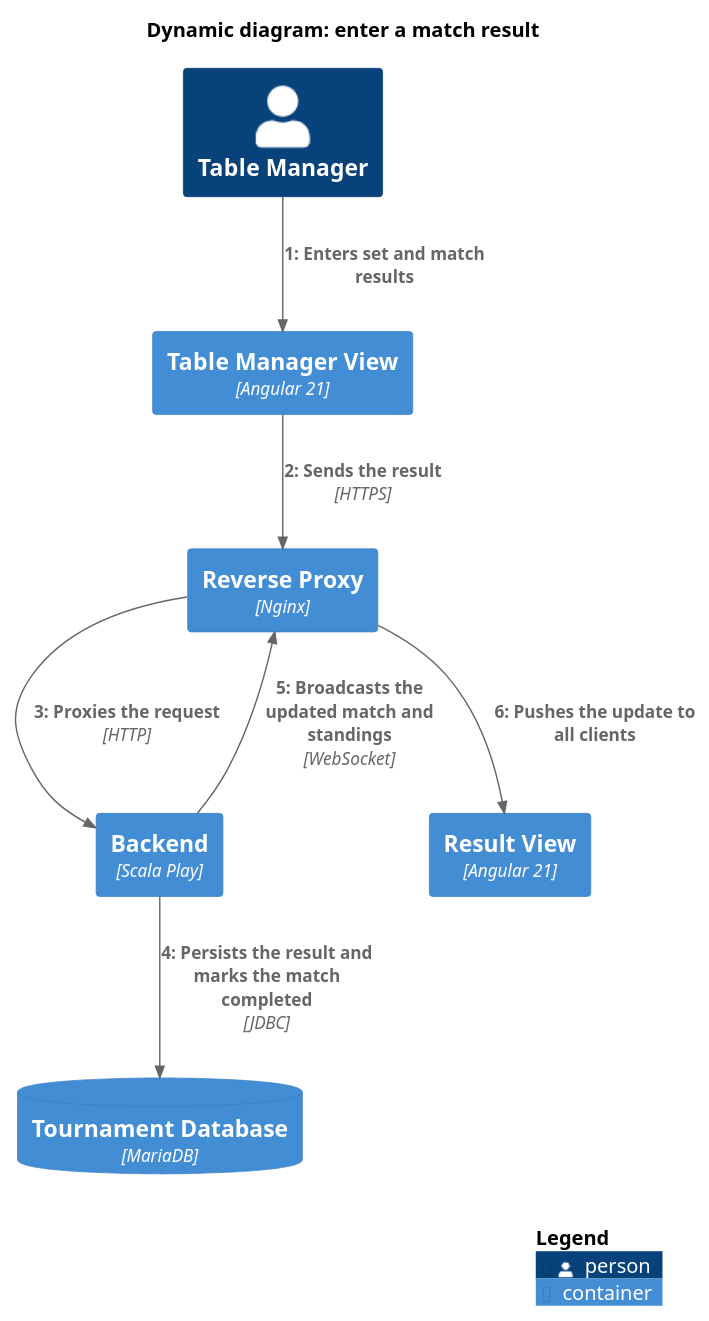
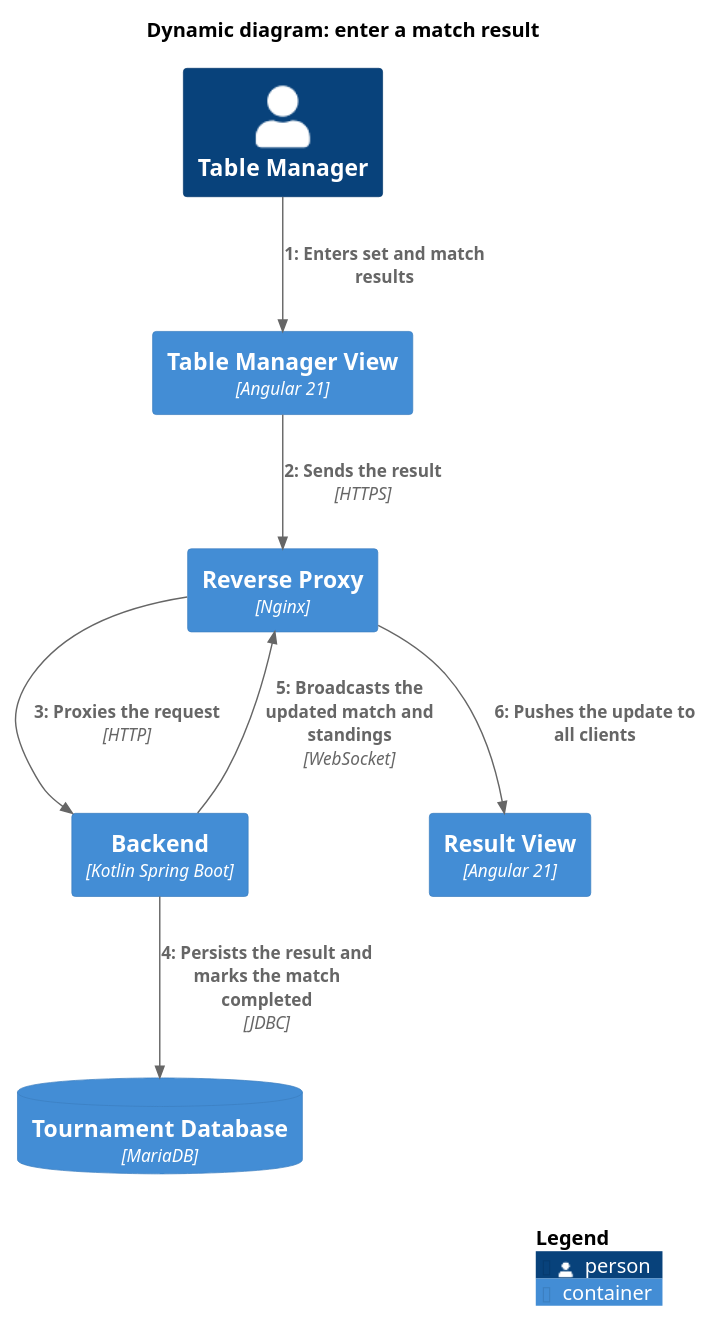
Before and after one commit to table-tennis-tournament/management-clients: the diagram in docs/arc42/diagrams/dynamic-result.puml, drawn with PlantUML. The commit also changed 59 other files, not shown here.

Commit message:
feat: refactor to onion and modulith architecture

```diff
--- a/docs/arc42/diagrams/dynamic-result.puml
+++ b/docs/arc42/diagrams/dynamic-result.puml
@@ -1,21 +1,21 @@
 @startuml
 !include C4/C4_Dynamic.puml
 
 title Dynamic diagram: enter a match result
 
 Person(tableManager, "Table Manager")
 Container(tableManagerView, "Table Manager View", "Angular 21")
 Container(nginx, "Reverse Proxy", "Nginx")
-Container(backend, "Backend", "Scala Play")
+Container(backend, "Backend", "Kotlin Spring Boot")
 ContainerDb(mariadb, "Tournament Database", "MariaDB")
 Container(resultView, "Result View", "Angular 21")
 
 RelIndex(1, tableManager, tableManagerView, "Enters set and match results")
 RelIndex(2, tableManagerView, nginx, "Sends the result", "HTTPS")
 RelIndex(3, nginx, backend, "Proxies the request", "HTTP")
 RelIndex(4, backend, mariadb, "Persists the result and marks the match completed", "JDBC")
 RelIndex(5, backend, nginx, "Broadcasts the updated match and standings", "WebSocket")
 RelIndex(6, nginx, resultView, "Pushes the update to all clients")
 
 SHOW_LEGEND()
 @enduml
```
